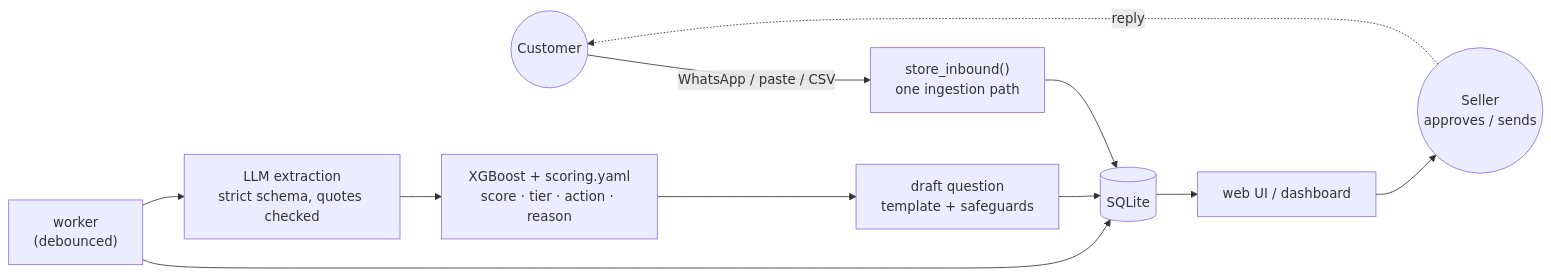
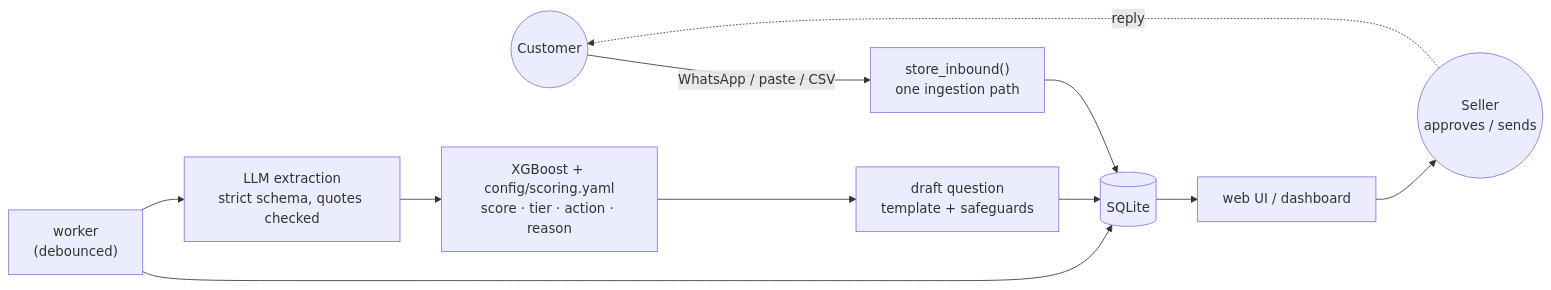
Before and after one commit to omarbounawarapy/wasel: the diagram in README.md, drawn with Mermaid. The commit also changed other lines of this file and 218 other files, not shown here.

````diff
--- a/README.md
+++ b/README.md
@@ -66,13 +66,13 @@
 ```mermaid
 flowchart LR
     C(("Customer")) -- "WhatsApp / paste / CSV" --> IN["store_inbound()<br/>one ingestion path"]
     IN --> DB[("SQLite")]
     W["worker<br/>(debounced)"] --> DB
     W --> X["LLM extraction<br/>strict schema, quotes checked"]
-    X --> S["XGBoost + scoring.yaml<br/>score · tier · action · reason"]
+    X --> S["XGBoost + config/scoring.yaml<br/>score · tier · action · reason"]
     S --> D["draft question<br/>template + safeguards"]
     D --> DB
     DB --> UI["web UI / dashboard"]
     UI --> P(("Seller<br/>approves / sends"))
     P -. "reply" .-> C
 ```
````
